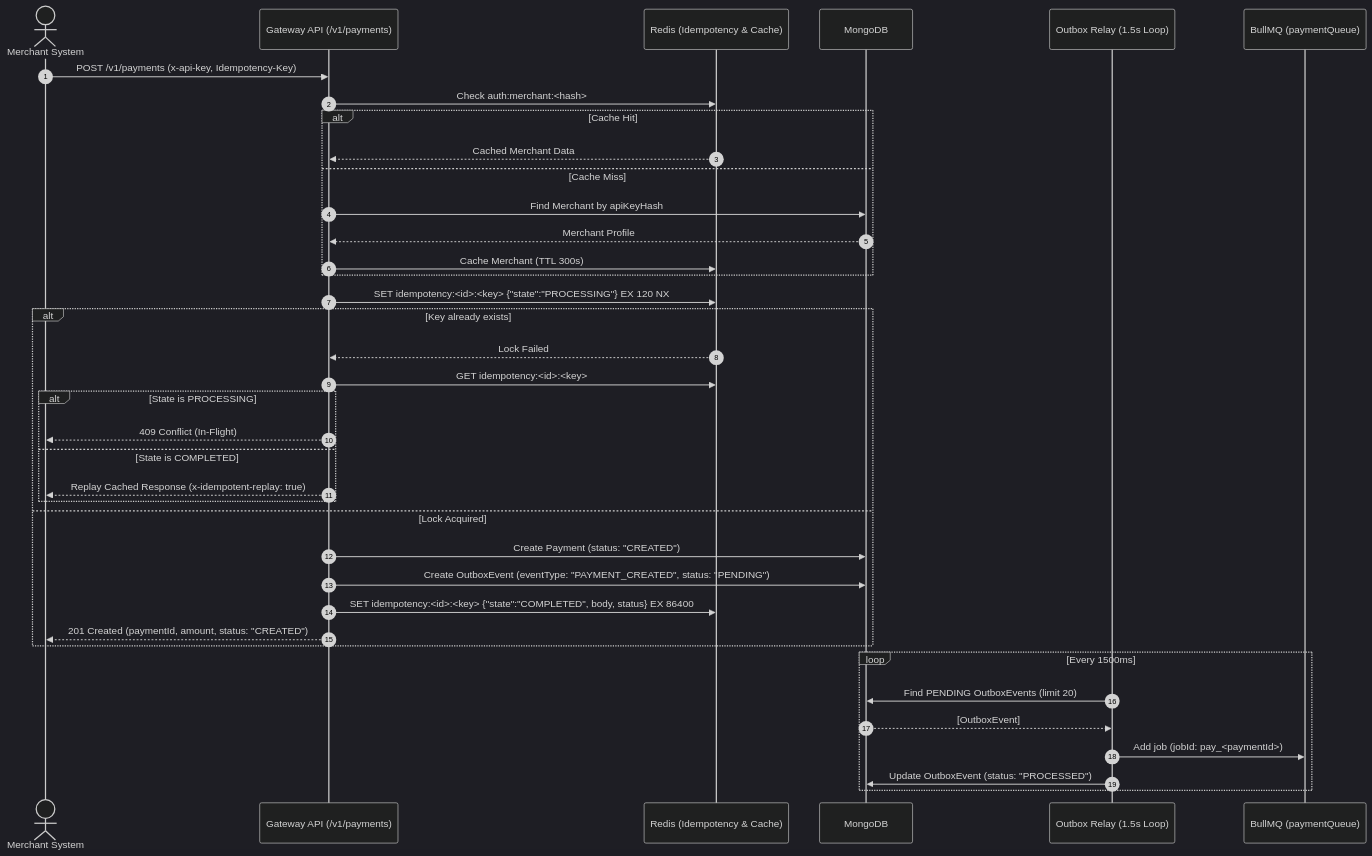
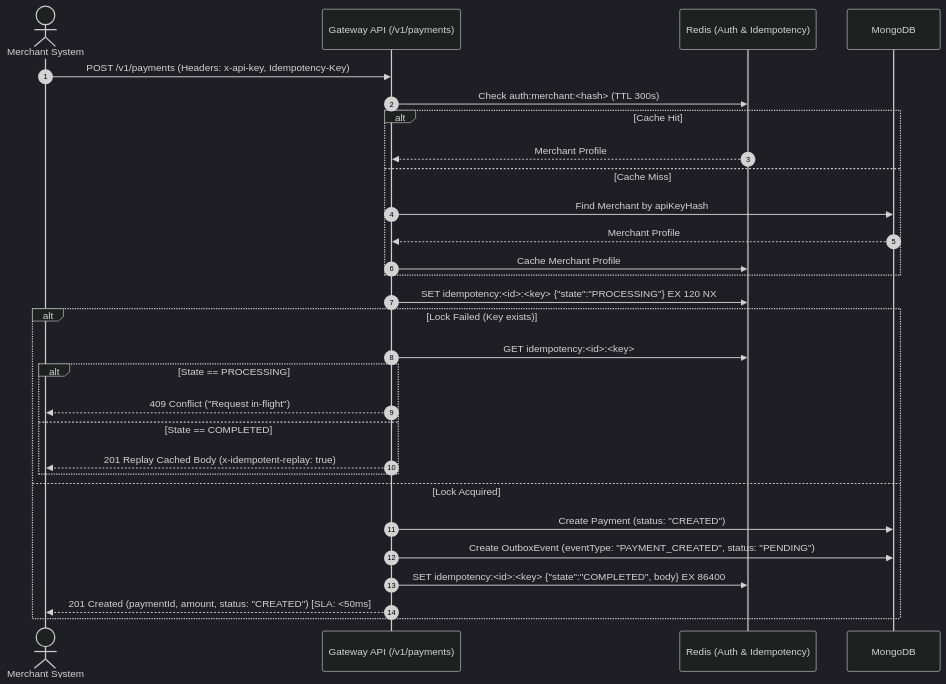
Before and after one commit to buildwithrishabh/Event-Driven-Payment-Gateway: the second of 10 diagrams in ARCHITECTURE.md, drawn with Mermaid (dark theme). The commit also changed other lines of this file and 3 other files, not shown here.

Commit message:
docs & devops: recreate architecture and readme docs, add docker setup

````diff
--- a/ARCHITECTURE.md
+++ b/ARCHITECTURE.md
@@ -394,43 +382,33 @@
 ```mermaid
 sequenceDiagram
     autonumber
     actor Merchant as Merchant System
     participant GW as Gateway API (/v1/payments)
-    participant Redis as Redis (Idempotency & Cache)
+    participant Redis as Redis (Auth & Idempotency)
     participant Mongo as MongoDB
-    participant Relay as Outbox Relay (1.5s Loop)
-    participant Queue as BullMQ (paymentQueue)
 
-    Merchant->>GW: POST /v1/payments (x-api-key, Idempotency-Key)
-    GW->>Redis: Check auth:merchant:<hash>
+    Merchant->>GW: POST /v1/payments (Headers: x-api-key, Idempotency-Key)
+    GW->>Redis: Check auth:merchant:<hash> (TTL 300s)
     alt Cache Hit
-        Redis-->>GW: Cached Merchant Data
+        Redis-->>GW: Merchant Profile
     else Cache Miss
         GW->>Mongo: Find Merchant by apiKeyHash
         Mongo-->>GW: Merchant Profile
-        GW->>Redis: Cache Merchant (TTL 300s)
+        GW->>Redis: Cache Merchant Profile
     end
 
     GW->>Redis: SET idempotency:<id>:<key> {"state":"PROCESSING"} EX 120 NX
-    alt Key already exists
-        Redis-->>GW: Lock Failed
+    alt Lock Failed (Key exists)
         GW->>Redis: GET idempotency:<id>:<key>
-        alt State is PROCESSING
-            GW-->>Merchant: 409 Conflict (In-Flight)
-        else State is COMPLETED
-            GW-->>Merchant: Replay Cached Response (x-idempotent-replay: true)
+        alt State == PROCESSING
+            GW-->>Merchant: 409 Conflict ("Request in-flight")
+        else State == COMPLETED
+            GW-->>Merchant: 201 Replay Cached Body (x-idempotent-replay: true)
         end
     else Lock Acquired
         GW->>Mongo: Create Payment (status: "CREATED")
         GW->>Mongo: Create OutboxEvent (eventType: "PAYMENT_CREATED", status: "PENDING")
-        GW->>Redis: SET idempotency:<id>:<key> {"state":"COMPLETED", body, status} EX 86400
-        GW-->>Merchant: 201 Created (paymentId, amount, status: "CREATED")
-    end
-
-    loop Every 1500ms
-        Relay->>Mongo: Find PENDING OutboxEvents (limit 20)
-        Mongo-->>Relay: [OutboxEvent]
-        Relay->>Queue: Add job (jobId: pay_<paymentId>)
-        Relay->>Mongo: Update OutboxEvent (status: "PROCESSED")
+        GW->>Redis: SET idempotency:<id>:<key> {"state":"COMPLETED", body} EX 86400
+        GW-->>Merchant: 201 Created (paymentId, amount, status: "CREATED") [SLA: <50ms]
     end
 ```
````
